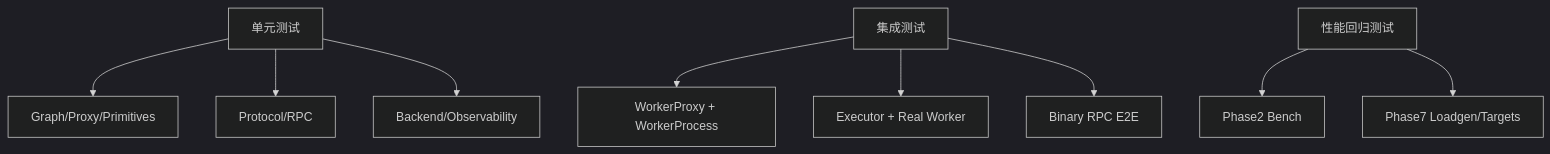
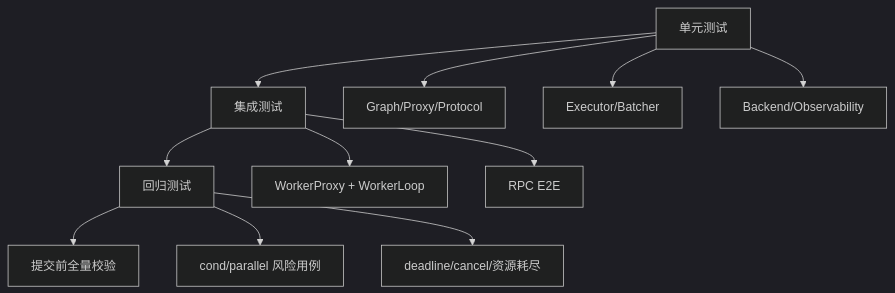
Before and after one commit to caitengwei/Nerva: the diagram in docs/design/本地测试指南.md, drawn with Mermaid (dark theme). The commit also changed other lines of this file and 4 other files, not shown here.

````diff
--- a/docs/design/本地测试指南.md
+++ b/docs/design/本地测试指南.md
@@ -61,13 +16,24 @@
 ```mermaid
 flowchart TB
-    A[单元测试] --> A1[Graph/Proxy/Primitives]
-    A --> A2[Protocol/RPC]
-    A --> A3[Backend/Observability]
+    U[单元测试] --> I[集成测试]
+    I --> R[回归测试]
+    R --> C[提交前全量校验]
 
-    B[集成测试] --> B1[WorkerProxy + WorkerProcess]
-    B --> B2[Executor + Real Worker]
-    B --> B3[Binary RPC E2E]
+    U1[Graph/Proxy/Protocol]
+    U2[Executor/Batcher]
+    U3[Backend/Observability]
 
-    C[性能回归测试] --> C1[Phase2 Bench]
-    C --> C2[Phase7 Loadgen/Targets]
+    I1[WorkerProxy + WorkerLoop]
+    I2[RPC E2E]
+
+    R1[cond/parallel 风险用例]
+    R2[deadline/cancel/资源耗尽]
+
+    U --> U1
+    U --> U2
+    U --> U3
+    I --> I1
+    I --> I2
+    R --> R1
+    R --> R2
 ```
````
